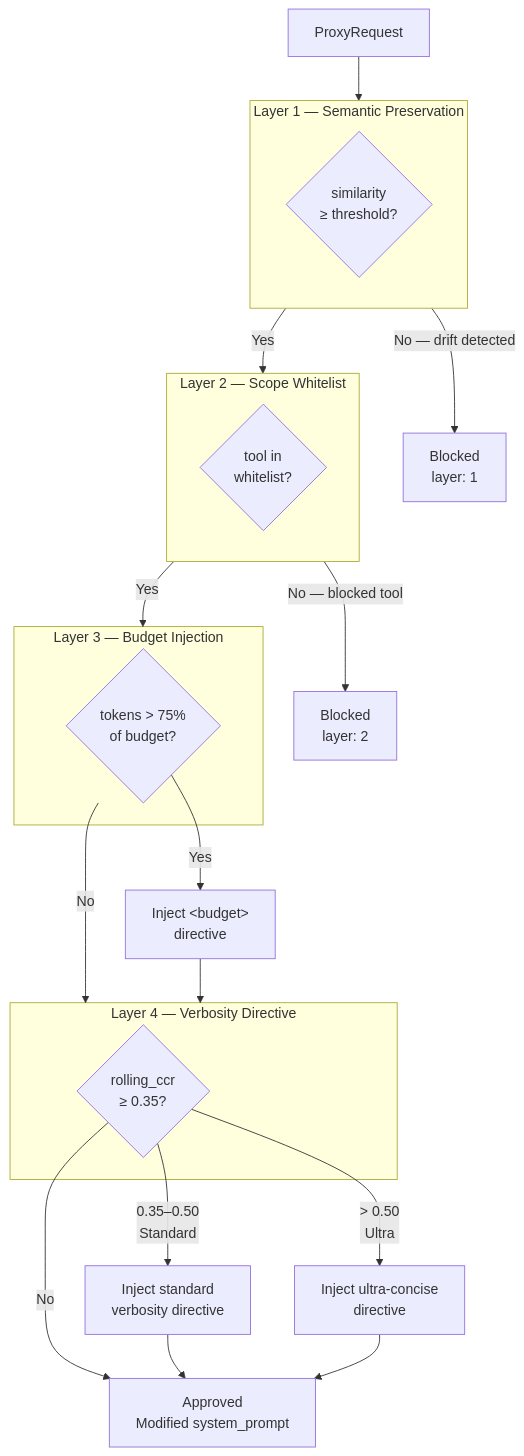
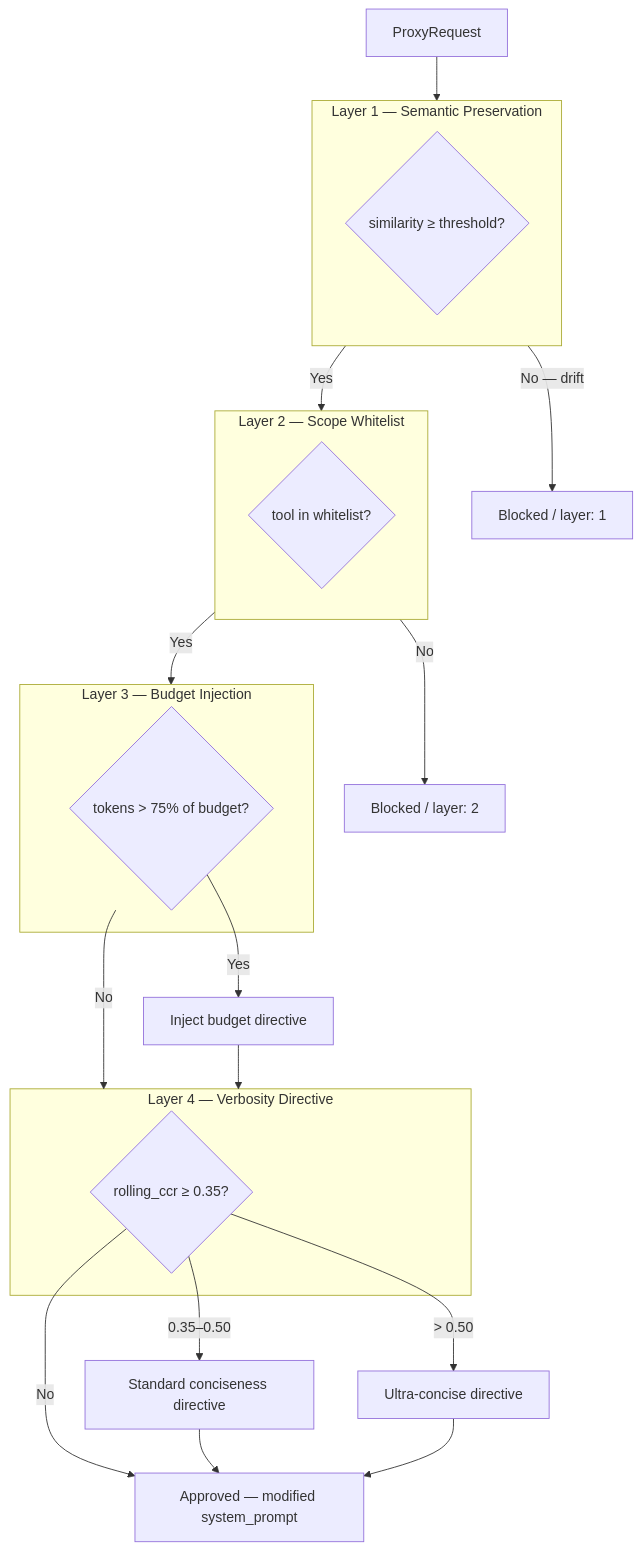
The second of 2 diagrams in README.md (ZulfaqarHafez/TraceRazor), drawn with Mermaid before and after one commit. The commit also changed other lines of this file, not shown here.

````diff
--- a/README.md
+++ b/README.md
@@ -446,34 +257,34 @@
 ```mermaid
 flowchart TD
     REQ[ProxyRequest] --> L1
 
     subgraph L1[Layer 1 — Semantic Preservation]
-        S1{similarity\n≥ threshold?}
+        S1{similarity ≥ threshold?}
     end
-    L1 -->|"No — drift detected"| B1[Blocked\nlayer: 1]
+    L1 -->|No — drift| B1[Blocked / layer: 1]
     L1 -->|Yes| L2
 
     subgraph L2[Layer 2 — Scope Whitelist]
-        S2{tool in\nwhitelist?}
+        S2{tool in whitelist?}
     end
-    L2 -->|"No — blocked tool"| B2[Blocked\nlayer: 2]
+    L2 -->|No| B2[Blocked / layer: 2]
     L2 -->|Yes| L3
 
     subgraph L3[Layer 3 — Budget Injection]
-        S3{tokens > 75%\nof budget?}
+        S3{tokens > 75% of budget?}
     end
-    S3 -->|Yes| BI[Inject &lt;budget&gt;\ndirective]
+    S3 -->|Yes| BI[Inject budget directive]
     S3 -->|No| L4
     BI --> L4
 
     subgraph L4[Layer 4 — Verbosity Directive]
-        S4{rolling_ccr\n≥ 0.35?}
+        S4{rolling_ccr ≥ 0.35?}
     end
-    S4 -->|"0.35–0.50\nStandard"| VI1[Inject standard\nverbosity directive]
-    S4 -->|"> 0.50\nUltra"| VI2[Inject ultra-concise\ndirective]
+    S4 -->|0.35–0.50| VI1[Standard conciseness directive]
+    S4 -->|> 0.50| VI2[Ultra-concise directive]
     S4 -->|No| APP
     VI1 --> APP
     VI2 --> APP
 
-    APP[Approved\nModified system_prompt]
+    APP[Approved — modified system_prompt]
 ```
````
